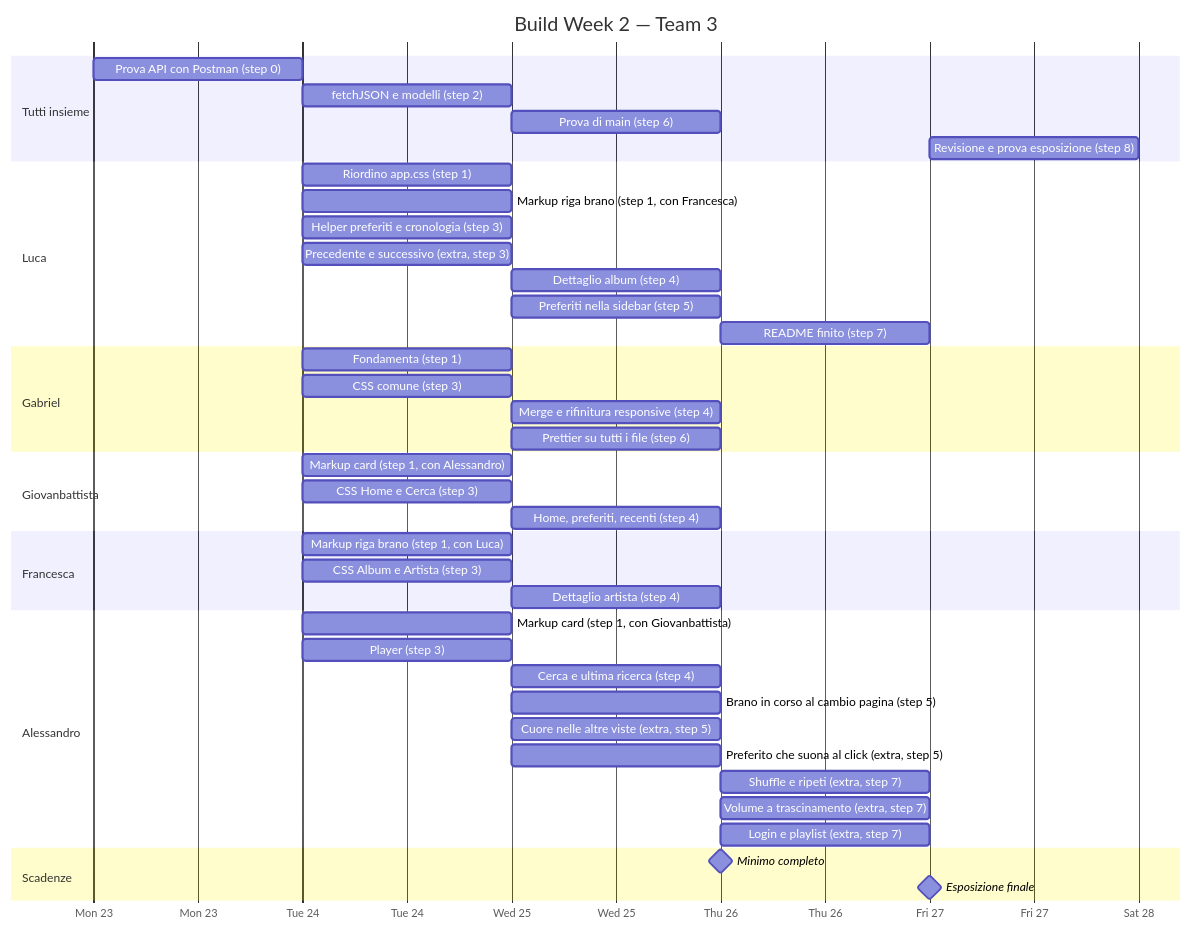
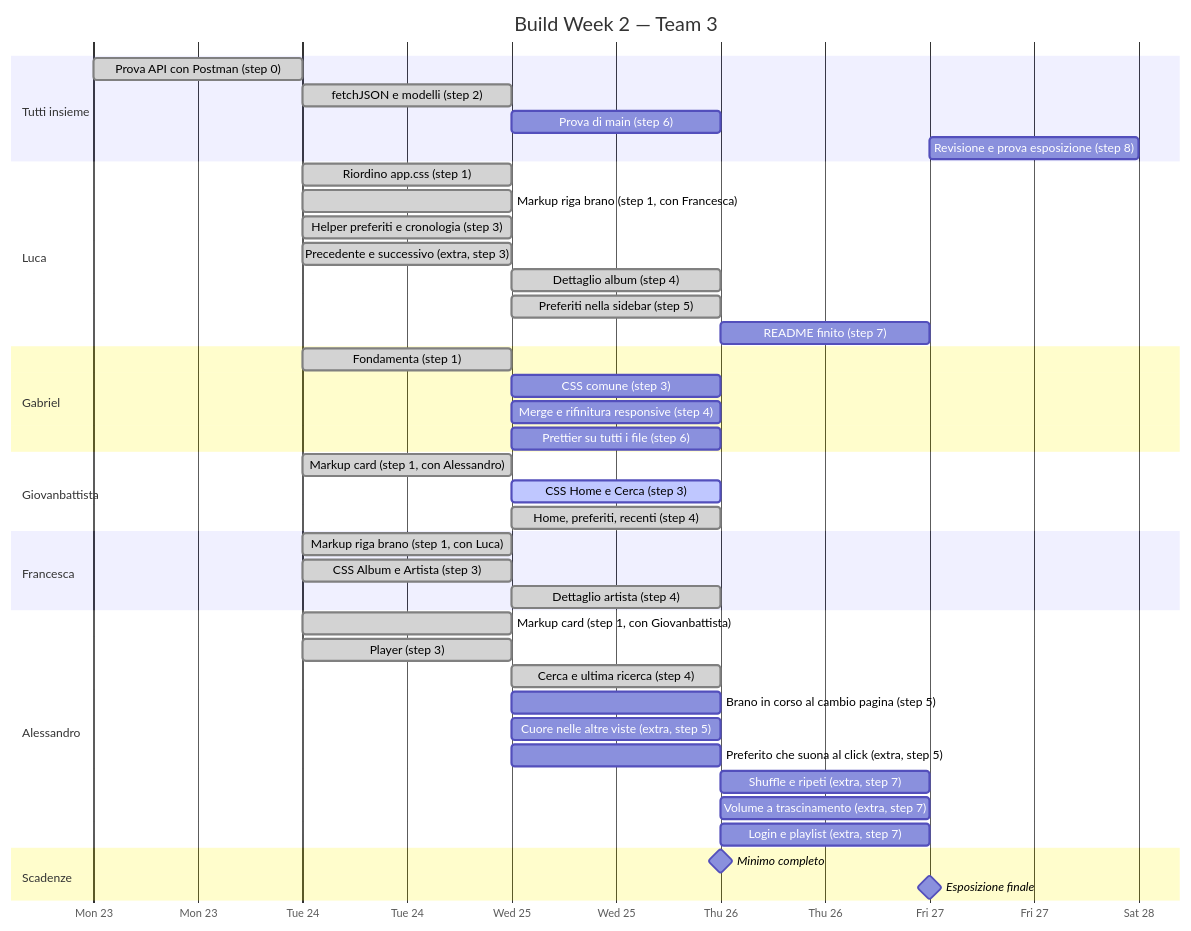
One commit to Ilbollit0/Team-3-progetto-buildweek-2 changed the first of 7 diagrams in docs/Controllo e monitoraggio.md. Above: the diagram before and after it, drawn with Mermaid. The commit also changed other lines of this file and 2 other files, not shown here.

Commit message:
Aggiornamento css + project

````diff
--- a/docs/Controllo e monitoraggio.md
+++ b/docs/Controllo e monitoraggio.md
@@ -9,52 +9,52 @@
 ```mermaid
 gantt
   title Build Week 2 — Team 3
   dateFormat YYYY-MM-DD
   axisFormat %a %d
 
   section Tutti insieme
-  Prova API con Postman (step 0)   :2026-11-23, 1d
-  fetchJSON e modelli (step 2)     :2026-11-24, 1d
+  Prova API con Postman (step 0)   :done, 2026-11-23, 1d
+  fetchJSON e modelli (step 2)     :done, 2026-11-24, 1d
   Prova di main (step 6)           :2026-11-25, 1d
   Revisione e prova esposizione (step 8) :2026-11-27, 1d
 
   section Luca
-  Riordino app.css (step 1)        :2026-11-24, 1d
-  Markup riga brano (step 1, con Francesca) :2026-11-24, 1d
-  Helper preferiti e cronologia (step 3) :2026-11-24, 1d
-  Precedente e successivo (extra, step 3) :2026-11-24, 1d
-  Dettaglio album (step 4)         :2026-11-25, 1d
-  Preferiti nella sidebar (step 5) :2026-11-25, 1d
+  Riordino app.css (step 1)        :done, 2026-11-24, 1d
+  Markup riga brano (step 1, con Francesca) :done, 2026-11-24, 1d
+  Helper preferiti e cronologia (step 3) :done, 2026-11-24, 1d
+  Precedente e successivo (extra, step 3) :done, 2026-11-24, 1d
+  Dettaglio album (step 4)         :done, 2026-11-25, 1d
+  Preferiti nella sidebar (step 5) :done, 2026-11-25, 1d
   README finito (step 7)           :2026-11-26, 1d
 
   section Gabriel
-  Fondamenta (step 1)              :2026-11-24, 1d
-  CSS comune (step 3)              :2026-11-24, 1d
+  Fondamenta (step 1)              :done, 2026-11-24, 1d
+  CSS comune (step 3)              :2026-11-25, 1d
   Merge e rifinitura responsive (step 4) :2026-11-25, 1d
   Prettier su tutti i file (step 6) :2026-11-25, 1d
 
   section Giovanbattista
-  Markup card (step 1, con Alessandro) :2026-11-24, 1d
-  CSS Home e Cerca (step 3)        :2026-11-24, 1d
-  Home, preferiti, recenti (step 4) :2026-11-25, 1d
+  Markup card (step 1, con Alessandro) :done, 2026-11-24, 1d
+  CSS Home e Cerca (step 3)        :active, 2026-11-25, 1d
+  Home, preferiti, recenti (step 4) :done, 2026-11-25, 1d
 
   section Francesca
-  Markup riga brano (step 1, con Luca) :2026-11-24, 1d
-  CSS Album e Artista (step 3)     :2026-11-24, 1d
-  Dettaglio artista (step 4)       :2026-11-25, 1d
+  Markup riga brano (step 1, con Luca) :done, 2026-11-24, 1d
+  CSS Album e Artista (step 3)     :done, 2026-11-24, 1d
+  Dettaglio artista (step 4)       :done, 2026-11-25, 1d
 
   section Alessandro
-  Markup card (step 1, con Giovanbattista) :2026-11-24, 1d
-  Player (step 3)                  :2026-11-24, 1d
-  Cerca e ultima ricerca (step 4)  :2026-11-25, 1d
+  Markup card (step 1, con Giovanbattista) :done, 2026-11-24, 1d
+  Player (step 3)                  :done, 2026-11-24, 1d
+  Cerca e ultima ricerca (step 4)  :done, 2026-11-25, 1d
   Brano in corso al cambio pagina (step 5) :2026-11-25, 1d
   Cuore nelle altre viste (extra, step 5) :2026-11-25, 1d
   Preferito che suona al click (extra, step 5) :2026-11-25, 1d
   Shuffle e ripeti (extra, step 7) :2026-11-26, 1d
   Volume a trascinamento (extra, step 7) :2026-11-26, 1d
   Login e playlist (extra, step 7) :2026-11-26, 1d
 
   section Scadenze
   Minimo completo                  :milestone, 2026-11-26, 0d
   Esposizione finale               :milestone, 2026-11-27, 0d
 ```
````
